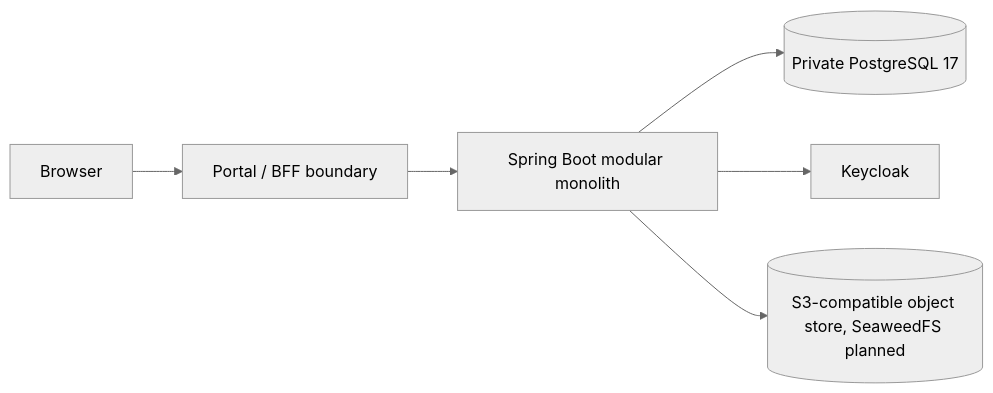
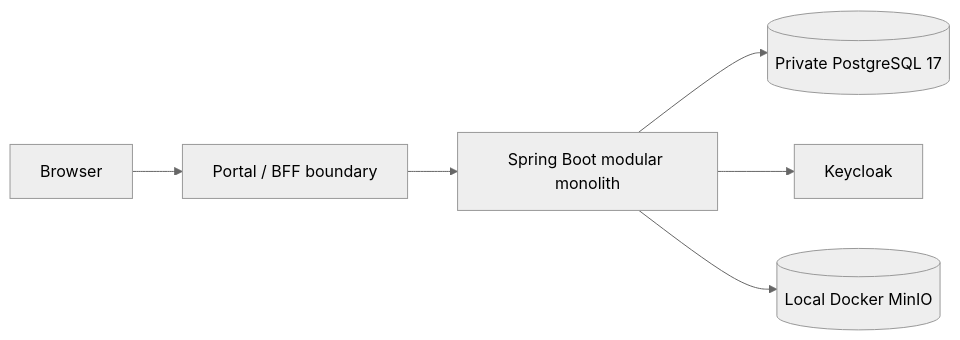
One commit to tricore-opentrix/opentrix changed the diagram in docs/01-architecture/deployment-topology.md. Above: the diagram before and after it, drawn with Mermaid (neutral theme). The commit also changed other lines of this file and 35 other files, not shown here.

````diff
--- a/docs/01-architecture/deployment-topology.md
+++ b/docs/01-architecture/deployment-topology.md
@@ -13,8 +13,8 @@
 ```mermaid
 flowchart LR
   Browser --> Portal[Portal / BFF boundary]
   Portal --> Backend[Spring Boot modular monolith]
   Backend --> PG[(Private PostgreSQL 17)]
   Backend --> KC[Keycloak]
-  Backend --> ObjStore[(S3-compatible object store, SeaweedFS planned)]
+  Backend --> MinIO[(Local Docker MinIO)]
 ```
````
